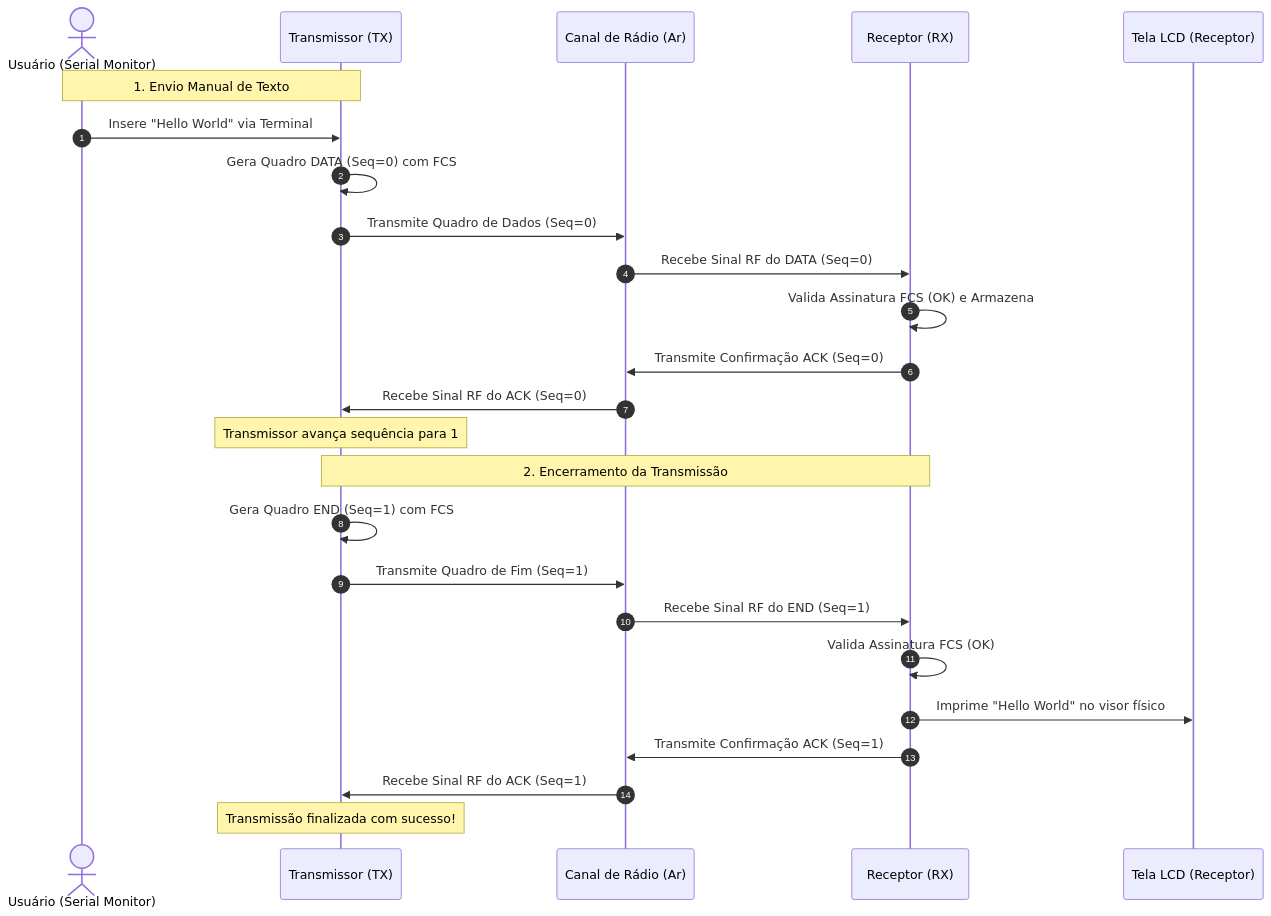
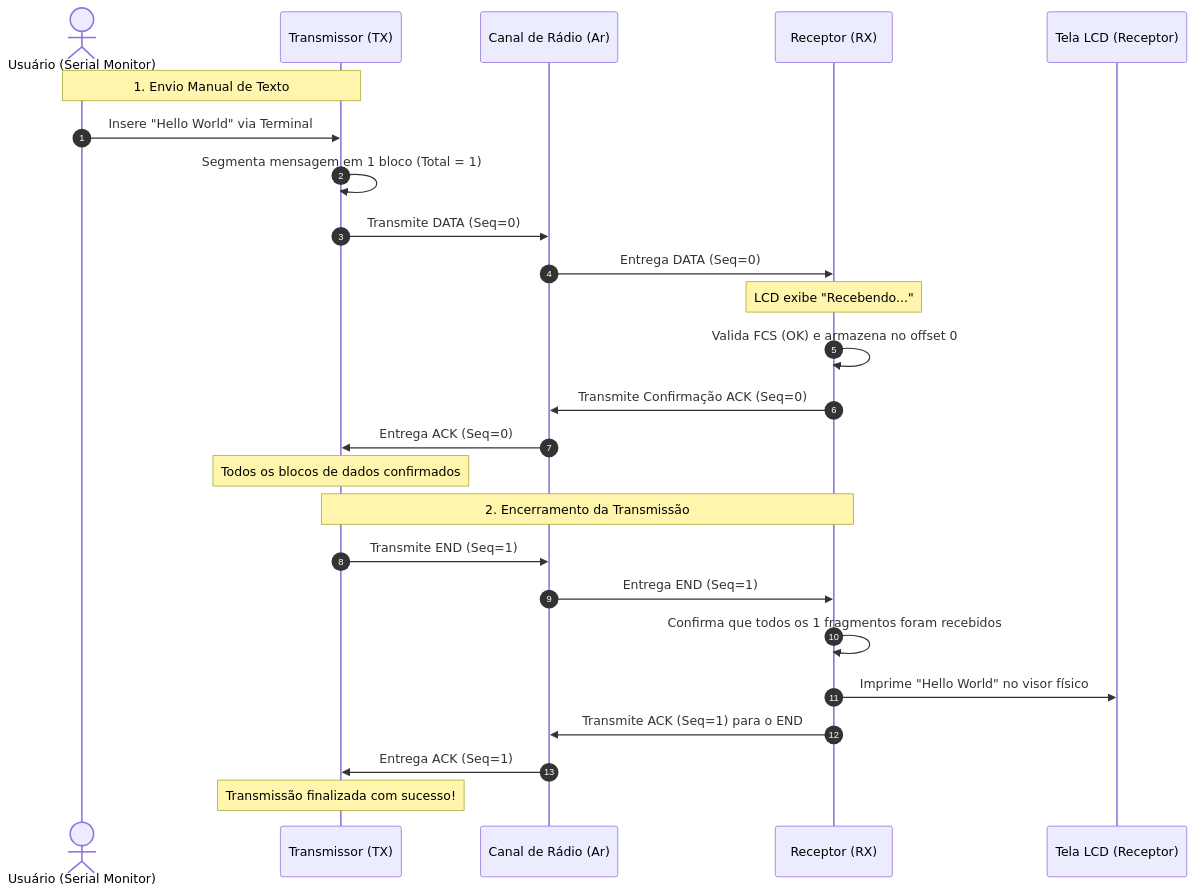
One commit to mateus-s-a/ESP32-Atividade-III changed the diagram in docs/funcionamento.md. Above: the diagram before and after it, drawn with Mermaid. The commit also changed other lines of this file and 3 other files, not shown here.

````diff
--- a/docs/funcionamento.md
+++ b/docs/funcionamento.md
@@ -103,30 +105,30 @@
 ```mermaid
 sequenceDiagram
     autonumber
     actor Usuario as Usuário (Serial Monitor)
     participant TX as Transmissor (TX)
     participant Canal as Canal de Rádio (Ar)
     participant RX as Receptor (RX)
     participant LCD as Tela LCD (Receptor)
 
     %% Caso de sucesso
     Note over Usuario, TX: 1. Envio Manual de Texto
     Usuario->>TX: Insere "Hello World" via Terminal
-    TX->>TX: Gera Quadro DATA (Seq=0) com FCS
-    TX->>Canal: Transmite Quadro de Dados (Seq=0)
-    Canal->>RX: Recebe Sinal RF do DATA (Seq=0)
-    RX->>RX: Valida Assinatura FCS (OK) e Armazena
+    TX->>TX: Segmenta mensagem em 1 bloco (Total = 1)
+    TX->>Canal: Transmite DATA (Seq=0)
+    Canal->>RX: Entrega DATA (Seq=0)
+    Note over RX: LCD exibe "Recebendo..."
+    RX->>RX: Valida FCS (OK) e armazena no offset 0
     RX->>Canal: Transmite Confirmação ACK (Seq=0)
-    Canal->>TX: Recebe Sinal RF do ACK (Seq=0)
-    Note over TX: Transmissor avança sequência para 1
+    Canal->>TX: Entrega ACK (Seq=0)
+    Note over TX: Todos os blocos de dados confirmados
 
     Note over TX, RX: 2. Encerramento da Transmissão
-    TX->>TX: Gera Quadro END (Seq=1) com FCS
-    TX->>Canal: Transmite Quadro de Fim (Seq=1)
-    Canal->>RX: Recebe Sinal RF do END (Seq=1)
-    RX->>RX: Valida Assinatura FCS (OK)
+    TX->>Canal: Transmite END (Seq=1)
+    Canal->>RX: Entrega END (Seq=1)
+    RX->>RX: Confirma que todos os 1 fragmentos foram recebidos
     RX->>LCD: Imprime "Hello World" no visor físico
-    RX->>Canal: Transmite Confirmação ACK (Seq=1)
-    Canal->>TX: Recebe Sinal RF do ACK (Seq=1)
+    RX->>Canal: Transmite ACK (Seq=1) para o END
+    Canal->>TX: Entrega ACK (Seq=1)
     Note over TX: Transmissão finalizada com sucesso!
 ```
````
